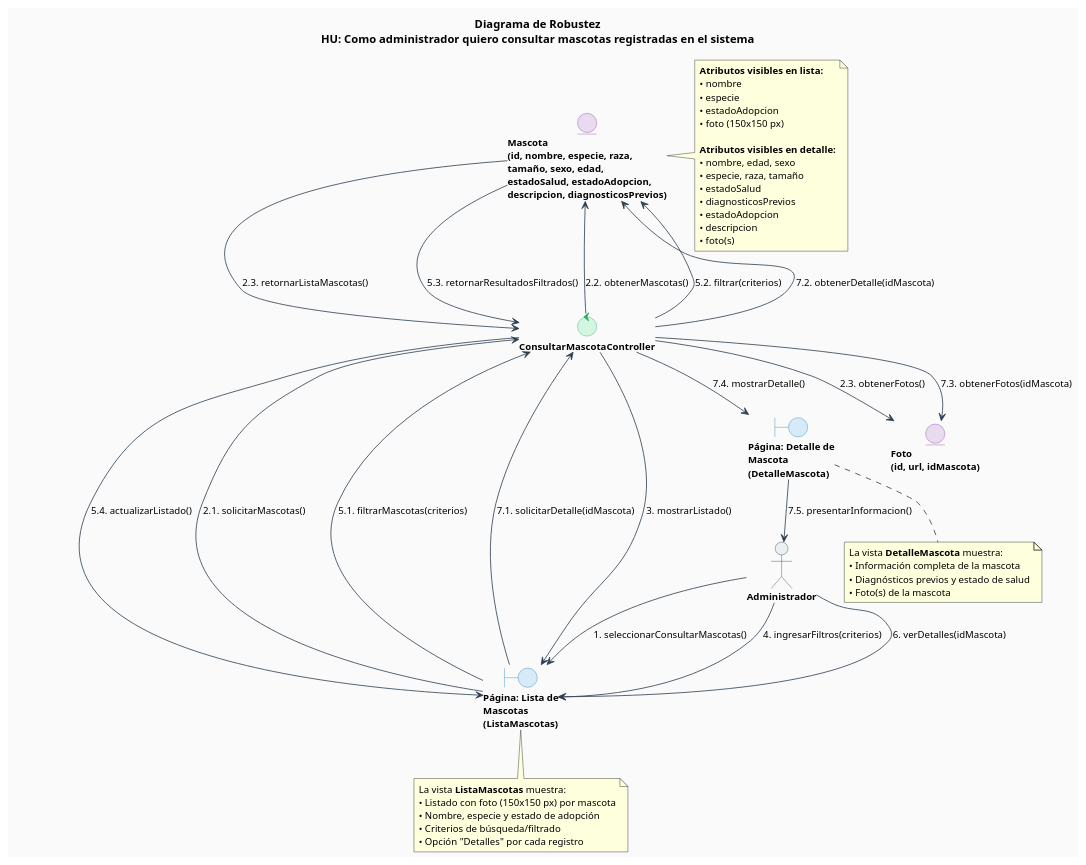
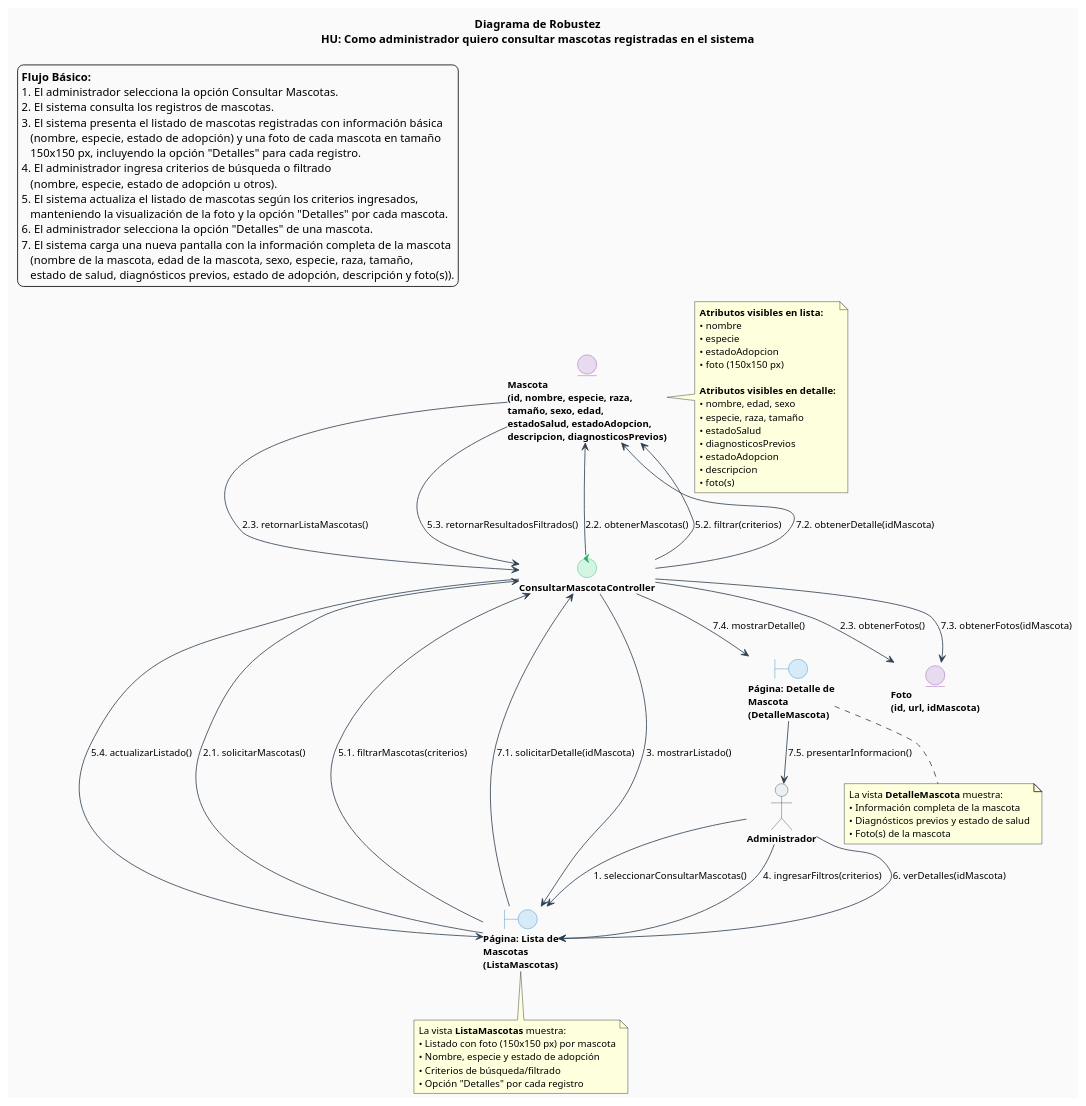
Before and after one commit to ErickCaiced2/SistemaDeAdopciones: the diagram in docs/diagrama-robustez-consultar-mascotas.puml, drawn with PlantUML.

Commit message:
feat: add Flujo Básico legend to diagrama-robustez-consultar-mascotas
Agent-Logs-Url: https://github.com/ErickCaiced2/GR01_1BT3_622_26A/sessions/d69ba820-be7f-44e1-a78a-074465645729

```diff
--- a/docs/diagrama-robustez-consultar-mascotas.puml
+++ b/docs/diagrama-robustez-consultar-mascotas.puml
@@ -1,102 +1,119 @@
 @startuml diagrama-robustez-consultar-mascotas
 
 title Diagrama de Robustez\nHU: Como administrador quiero consultar mascotas registradas en el sistema
 
 skinparam backgroundColor #FAFAFA
 skinparam defaultFontName Arial
 skinparam defaultFontSize 12
 
 skinparam actor {
     BorderColor #2C3E50
     BackgroundColor #ECF0F1
     FontStyle bold
 }
 skinparam boundary {
     BorderColor #2980B9
     BackgroundColor #D6EAF8
     FontStyle bold
 }
 skinparam control {
     BorderColor #27AE60
     BackgroundColor #D5F5E3
     FontStyle bold
 }
 skinparam entity {
     BorderColor #8E44AD
     BackgroundColor #E8DAEF
     FontStyle bold
 }
 skinparam arrow {
     Color #2C3E50
 }
+
+legend top left
+  **Flujo Básico:**
+  1. El administrador selecciona la opción Consultar Mascotas.
+  2. El sistema consulta los registros de mascotas.
+  3. El sistema presenta el listado de mascotas registradas con información básica
+     (nombre, especie, estado de adopción) y una foto de cada mascota en tamaño
+     150x150 px, incluyendo la opción "Detalles" para cada registro.
+  4. El administrador ingresa criterios de búsqueda o filtrado
+     (nombre, especie, estado de adopción u otros).
+  5. El sistema actualiza el listado de mascotas según los criterios ingresados,
+     manteniendo la visualización de la foto y la opción "Detalles" por cada mascota.
+  6. El administrador selecciona la opción "Detalles" de una mascota.
+  7. El sistema carga una nueva pantalla con la información completa de la mascota
+     (nombre de la mascota, edad de la mascota, sexo, especie, raza, tamaño,
+     estado de salud, diagnósticos previos, estado de adopción, descripción y foto(s)).
+end legend
 
 ' ─── ACTOR ───────────────────────────────────────────────────
 actor "Administrador" as admin
 
 ' ─── BOUNDARY (Interfaces / Vistas) ──────────────────────────
 boundary "Página: Lista de\nMascotas\n(ListaMascotas)" as paginaLista
 boundary "Página: Detalle de\nMascota\n(DetalleMascota)" as paginaDetalle
 
 ' ─── CONTROL ─────────────────────────────────────────────────
 control "ConsultarMascotaController" as ctrl
 
 ' ─── ENTITY (Entidades de Dominio) ───────────────────────────
 entity "Mascota\n(id, nombre, especie, raza,\ntamaño, sexo, edad,\nestadoSalud, estadoAdopcion,\ndescripcion, diagnosticosPrevios)" as eMascota
 entity "Foto\n(id, url, idMascota)" as eFoto
 
 ' ─── FLUJO 1: Listar mascotas ────────────────────────────────
 admin --> paginaLista           : 1. seleccionarConsultarMascotas()
 paginaLista --> ctrl            : 2.1. solicitarMascotas()
 ctrl --> eMascota               : 2.2. obtenerMascotas()
 eMascota --> ctrl               : 2.3. retornarListaMascotas()
 ctrl --> eFoto                  : 2.3. obtenerFotos()
 ctrl --> paginaLista            : 3. mostrarListado()
 
 ' ─── FLUJO 2: Filtrar mascotas ───────────────────────────────
 admin --> paginaLista           : 4. ingresarFiltros(criterios)
 paginaLista --> ctrl            : 5.1. filtrarMascotas(criterios)
 ctrl --> eMascota               : 5.2. filtrar(criterios)
 eMascota --> ctrl               : 5.3. retornarResultadosFiltrados()
 ctrl --> paginaLista            : 5.4. actualizarListado()
 
 ' ─── FLUJO 3: Ver detalle de una mascota ─────────────────────
 admin --> paginaLista           : 6. verDetalles(idMascota)
 paginaLista --> ctrl            : 7.1. solicitarDetalle(idMascota)
 ctrl --> eMascota               : 7.2. obtenerDetalle(idMascota)
 ctrl --> eFoto                  : 7.3. obtenerFotos(idMascota)
 ctrl --> paginaDetalle          : 7.4. mostrarDetalle()
 paginaDetalle --> admin         : 7.5. presentarInformacion()
 
 note right of eMascota
   **Atributos visibles en lista:**
   • nombre
   • especie
   • estadoAdopcion
   • foto (150x150 px)
 
   **Atributos visibles en detalle:**
   • nombre, edad, sexo
   • especie, raza, tamaño
   • estadoSalud
   • diagnosticosPrevios
   • estadoAdopcion
   • descripcion
   • foto(s)
 end note
 
 note bottom of paginaLista
   La vista **ListaMascotas** muestra:
   • Listado con foto (150x150 px) por mascota
   • Nombre, especie y estado de adopción
   • Criterios de búsqueda/filtrado
   • Opción "Detalles" por cada registro
 end note
 
 note bottom of paginaDetalle
   La vista **DetalleMascota** muestra:
   • Información completa de la mascota
   • Diagnósticos previos y estado de salud
   • Foto(s) de la mascota
 end note
 
 @enduml
```
